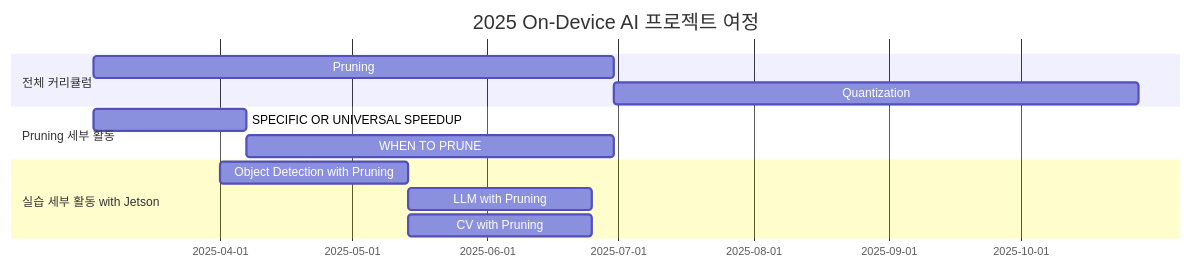
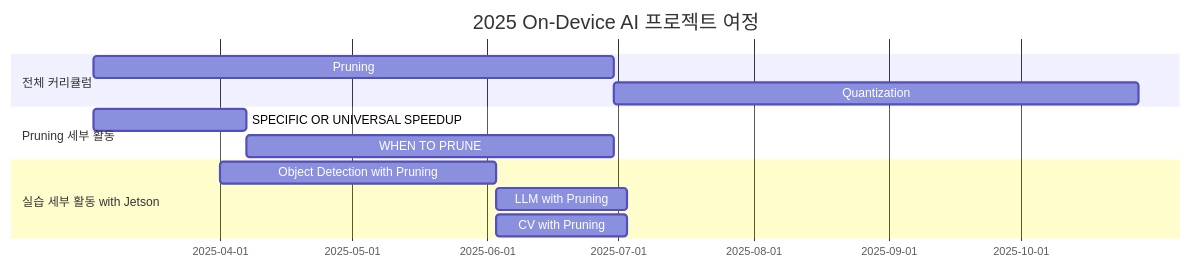
The diagram in README.md (Pseudo-Lab/On-Device-AI_On-The-AIr), drawn with Mermaid before and after one commit. The commit also changed other lines of this file, not shown here.

````diff
--- a/README.md
+++ b/README.md
@@ -49,16 +50,16 @@
 ```mermaid
 gantt
     title 2025 On-Device AI 프로젝트 여정
     section 전체 커리큘럼
     Pruning      :a1, 2025-03-03, 119d
     Quantization :a2, after a1, 120d
 
     section Pruning 세부 활동
     SPECIFIC OR UNIVERSAL SPEEDUP   :b1, 2025-03-03, 35d
     WHEN TO PRUNE                   :b2, after b1, 84d
 
     section 실습 세부 활동 with Jetson
-    Object Detection with Pruning   :c1, 2025-04-01, 43d
-    LLM with Pruning                :c2, after c1, 42d
-    CV with Pruning                 :c3, after c1, 42d
+    Object Detection with Pruning   :c1, 2025-04-01, 63d
+    LLM with Pruning                :c2, after c1, 30d
+    CV with Pruning                 :c3, after c1, 30d
 ```
````
